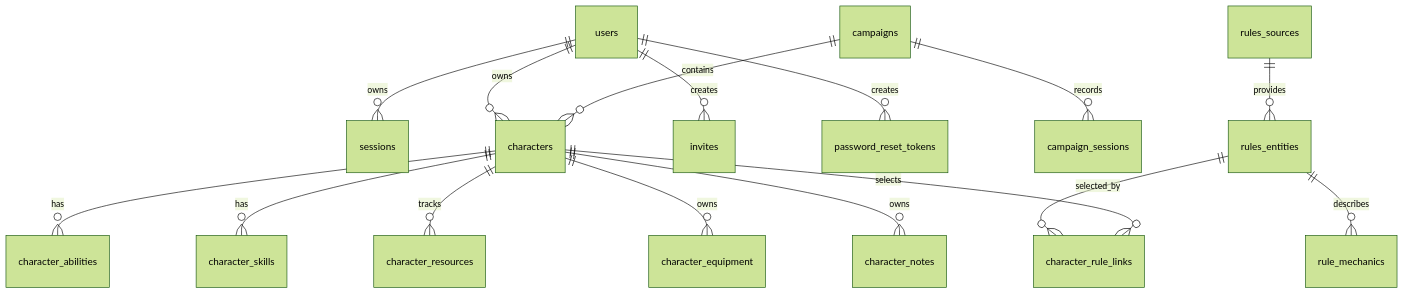
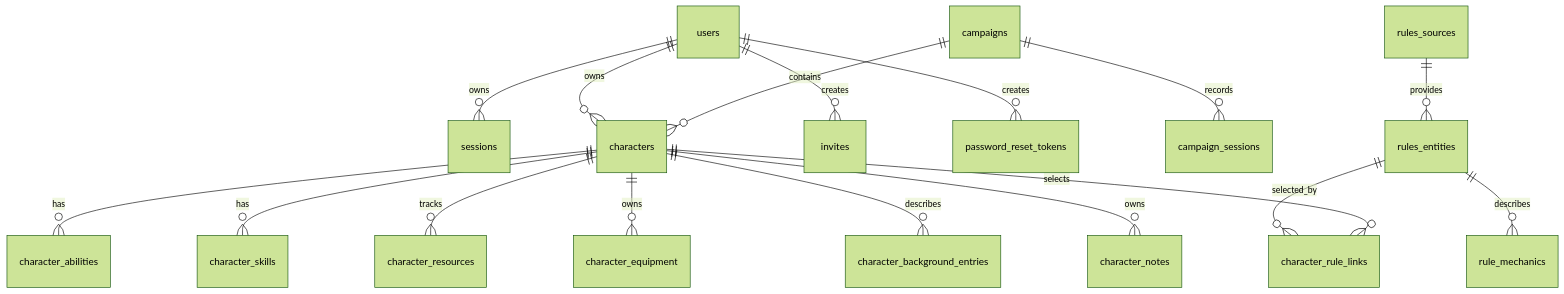
The second of 3 diagrams in docs/epics/sheet-0001.md (Macavitymadcap/character-sheet), drawn with Mermaid (forest theme) before and after one commit. The commit also changed other lines of this file and 19 other files, not shown here.

````diff
--- a/docs/epics/sheet-0001.md
+++ b/docs/epics/sheet-0001.md
@@ -43,18 +43,19 @@
 ```mermaid
 erDiagram
     users ||--o{ sessions : owns
     users ||--o{ characters : owns
     users ||--o{ invites : creates
     users ||--o{ password_reset_tokens : creates
     campaigns ||--o{ characters : contains
     campaigns ||--o{ campaign_sessions : records
     characters ||--o{ character_abilities : has
     characters ||--o{ character_skills : has
     characters ||--o{ character_resources : tracks
     characters ||--o{ character_equipment : owns
+    characters ||--o{ character_background_entries : describes
     characters ||--o{ character_notes : owns
     rules_sources ||--o{ rules_entities : provides
     rules_entities ||--o{ rule_mechanics : describes
     rules_entities ||--o{ character_rule_links : selected_by
     characters ||--o{ character_rule_links : selects
 ```
````
